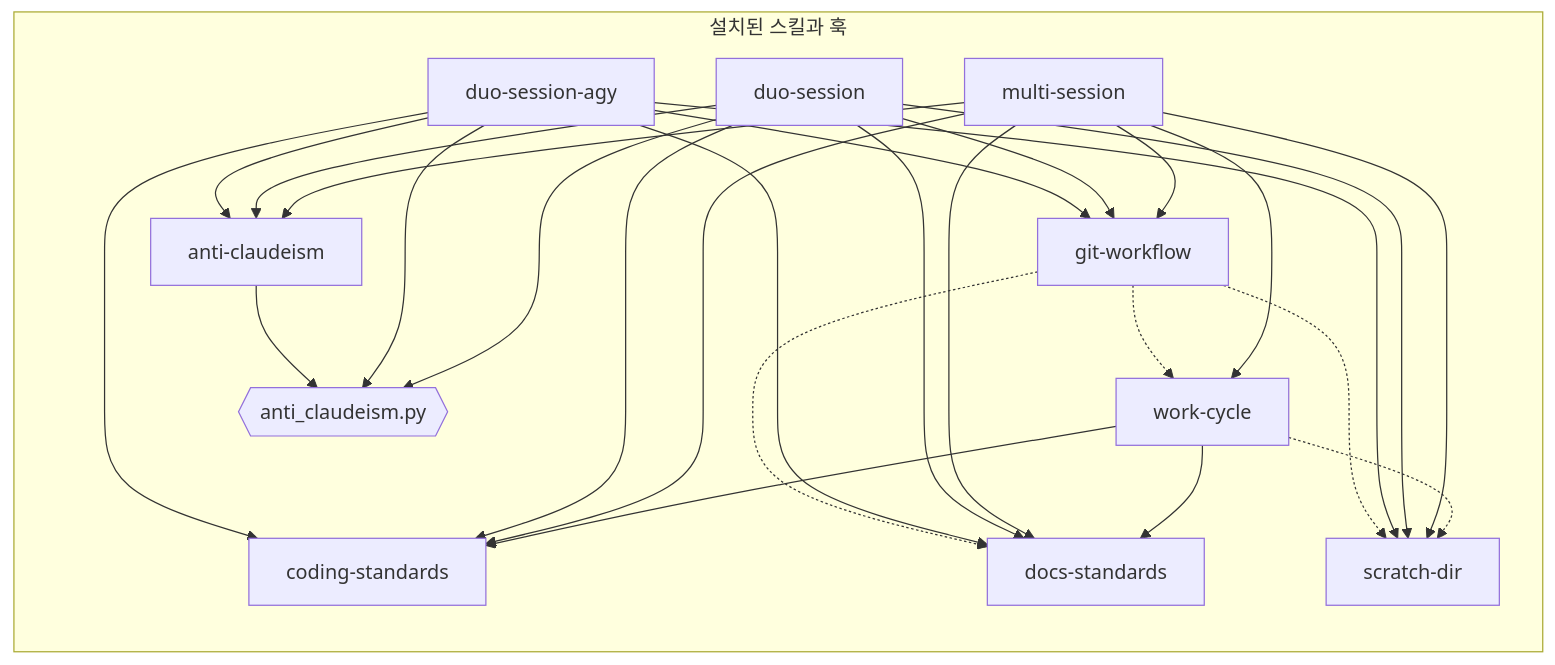
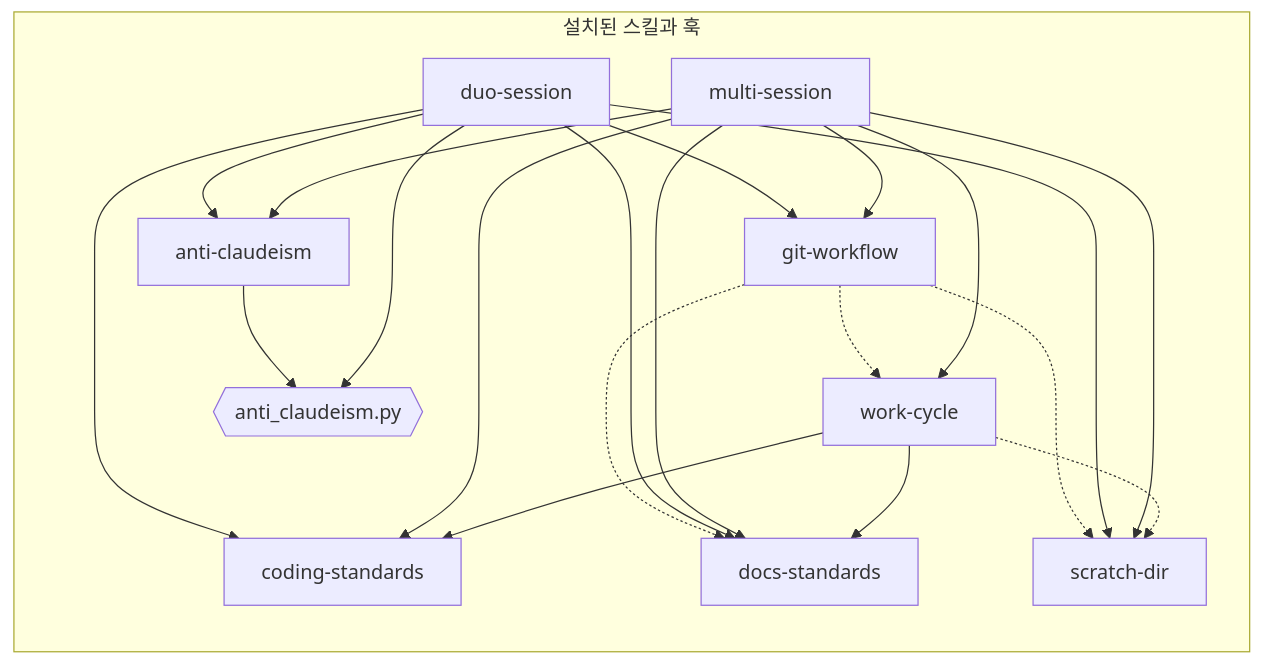
One commit to nil-park/claude-workflow-kit changed the diagram in docs/architecture/component-dependency.md. Above: the diagram before and after it, drawn with Mermaid. The commit also changed other lines of this file and 30 other files, not shown here.

First line of the commit message:
chore: remove deprecated duo-session-agy skill and duo-relay (#91)

````diff
--- a/docs/architecture/component-dependency.md
+++ b/docs/architecture/component-dependency.md
@@ -3,41 +3,34 @@
 ```mermaid
 flowchart LR
   subgraph inst["설치된 스킬과 훅"]
     wc["work-cycle"]
     cs["coding-standards"]
     ds["docs-standards"]
     sd["scratch-dir"]
     gw["git-workflow"]
     ac["anti-claudeism"]
     ms["multi-session"]
     du["duo-session"]
-    dua["duo-session-agy"]
     hook{{"anti_claudeism.py"}}
   end
 
   wc --> cs
   wc --> ds
   wc -.-> sd
   ms --> gw
   ms --> wc
   ms --> cs
   ms --> ds
   ms --> ac
   ms --> sd
   du --> gw
   du --> cs
   du --> ds
   du --> ac
   du --> sd
   du --> hook
-  dua --> gw
-  dua --> cs
-  dua --> ds
-  dua --> ac
-  dua --> sd
-  dua --> hook
   gw -.-> wc
   gw -.-> ds
   gw -.-> sd
   ac --> hook
 ```
````
